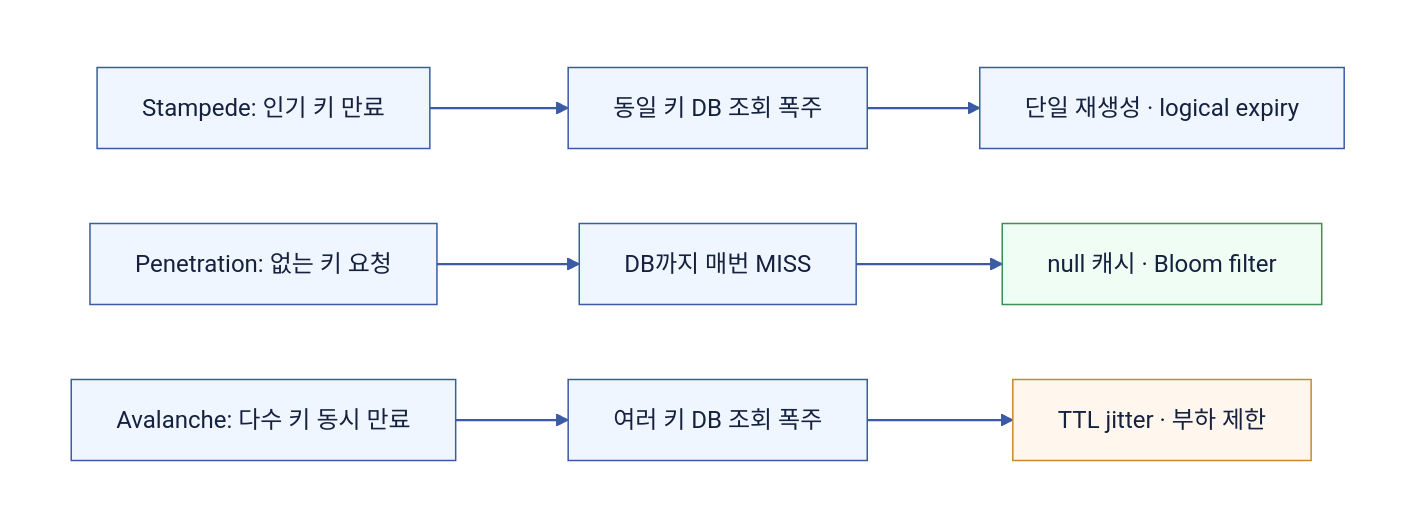
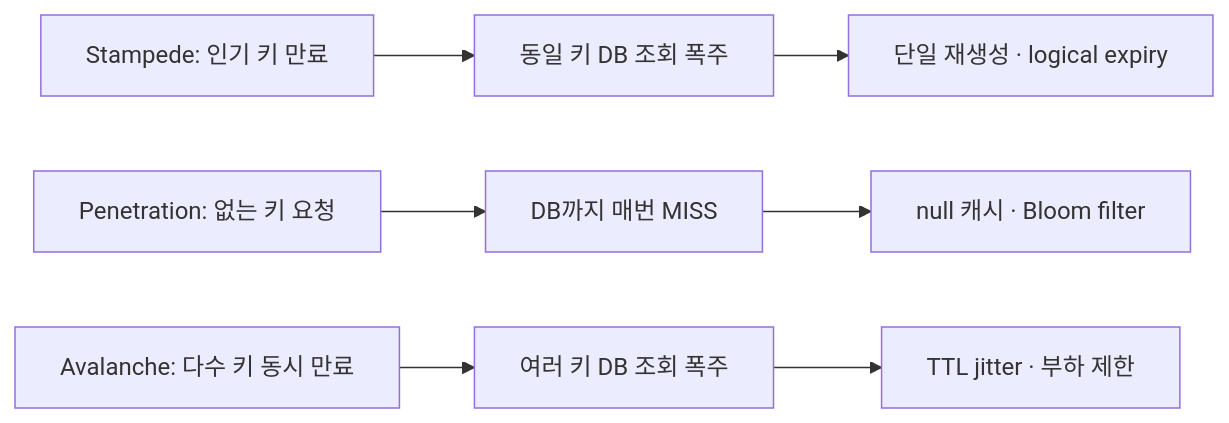
The first of 3 diagrams in computer-science/2606-모의면접-redis.md (Hyune-s-lab/my-ai-study), drawn with Mermaid before and after one commit. The commit also changed other lines of this file and 49 other files, not shown here.

Commit message:
docs: 단순 다이어그램은 Mermaid로, 복잡한 배치는 SVG로 정리

````diff
--- a/computer-science/2606-모의면접-redis.md
+++ b/computer-science/2606-모의면접-redis.md
@@ -94,22 +94,19 @@
 ```mermaid
 flowchart LR
-%%{init: {"theme": "base", "darkMode": false, "themeVariables": {"background": "#ffffff", "primaryColor": "#EFF6FF", "primaryTextColor": "#16213E", "primaryBorderColor": "#3B5BA5", "secondaryColor": "#F0FDF4", "tertiaryColor": "#FAF5FF", "lineColor": "#3B5BA5", "textColor": "#16213E", "edgeLabelBackground": "#ffffff", "clusterBkg": "#F8FAFC", "clusterBorder": "#CBD5E1"}}}%%
-  subgraph canvas[" "]
-    direction LR
-    st["Stampede: 인기 키 만료"] --> stDb["동일 키 DB 조회 폭주"]
-    stDb --> stFix["단일 재생성 · logical expiry"]
-    pt["Penetration: 없는 키 요청"] --> ptDb["DB까지 매번 MISS"]
-    ptDb --> ptFix["null 캐시 · Bloom filter"]
-    av["Avalanche: 다수 키 동시 만료"] --> avDb["여러 키 DB 조회 폭주"]
-    avDb --> avFix["TTL jitter · 부하 제한"]
-  end
-  style canvas fill:#ffffff,stroke:#ffffff,color:#111827
-  linkStyle default stroke:#3B5BA5,stroke-width:1.5px
-  classDef app fill:#EFF6FF,stroke:#3B5BA5,stroke-width:1px,color:#16213E
-  class st,stDb,stFix,pt,ptDb,av,avDb app
-  classDef db fill:#F0FDF4,stroke:#3F8E55,stroke-width:1px,color:#16213E
-  class ptFix db
-  classDef policy fill:#FAF5FF,stroke:#A855F7,stroke-width:1px,color:#16213E
-  classDef worker fill:#FFF7ED,stroke:#C98A2B,stroke-width:1px,color:#16213E
-  class avFix worker
+%%{init: {"flowchart": {"curve": "stepAfter", "wrappingWidth": 400}}}%%
+  n_st["Stampede: 인기 키 만료"]
+  n_stDb["동일 키 DB 조회 폭주"]
+  n_stFix["단일 재생성 · logical expiry"]
+  n_pt["Penetration: 없는 키 요청"]
+  n_ptDb["DB까지 매번 MISS"]
+  n_ptFix["null 캐시 · Bloom filter"]
+  n_av["Avalanche: 다수 키 동시 만료"]
+  n_avDb["여러 키 DB 조회 폭주"]
+  n_avFix["TTL jitter · 부하 제한"]
+  n_st --> n_stDb
+  n_stDb --> n_stFix
+  n_pt --> n_ptDb
+  n_ptDb --> n_ptFix
+  n_av --> n_avDb
+  n_avDb --> n_avFix
 ```
````
